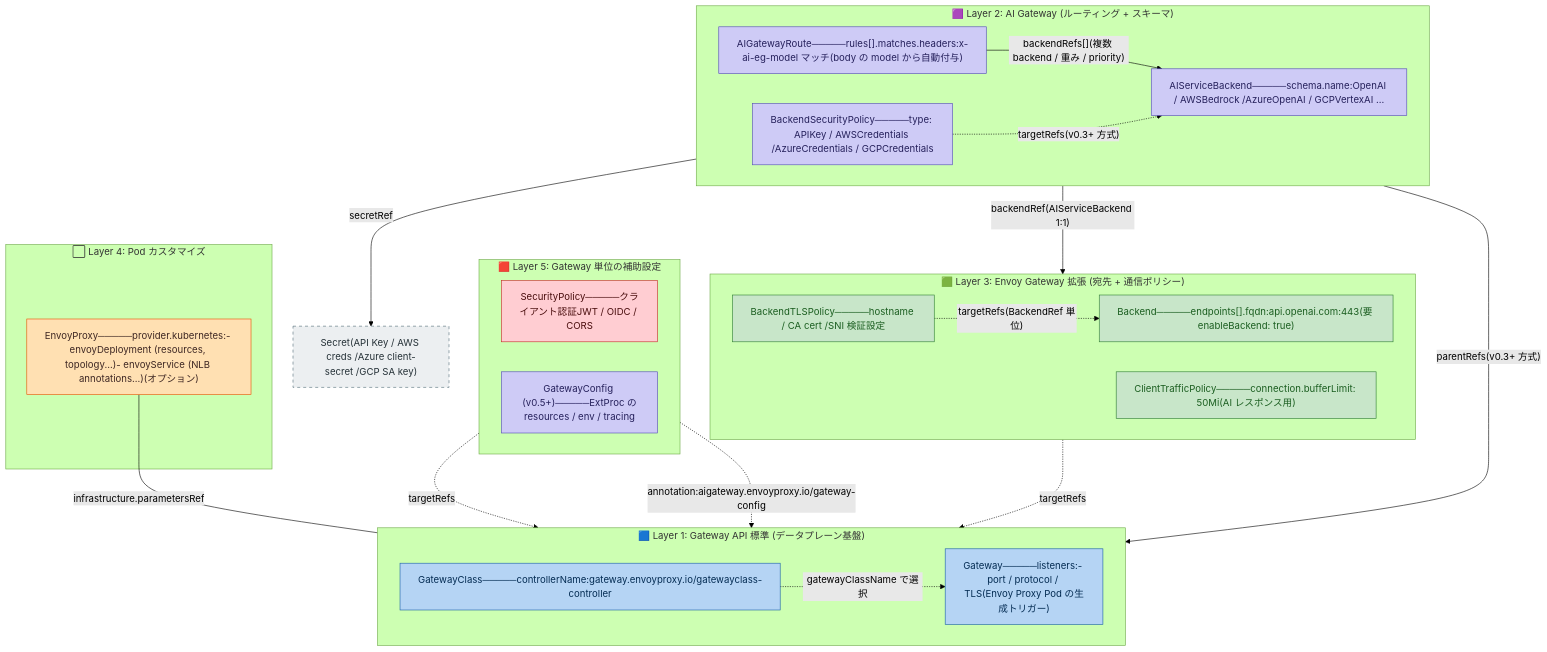
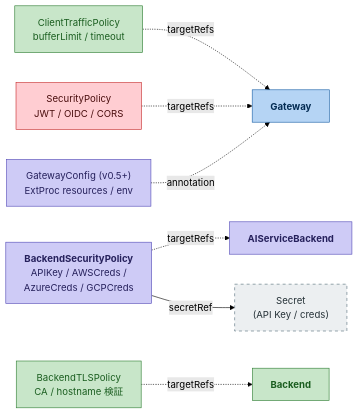
One commit to nutslove/Knowledges changed the fourth of 5 diagrams in Generative_AI/Envoy_AI_Gateway/Envoy AI Gatewayについて.md. Above: the diagram before and after it, drawn with Mermaid (forest theme). The commit also changed other lines of this file, not shown here.

````diff
--- a/Generative_AI/Envoy_AI_Gateway/Envoy AI Gatewayについて.md
+++ b/Generative_AI/Envoy_AI_Gateway/Envoy AI Gatewayについて.md
@@ -720,70 +752,33 @@
 ```mermaid
-flowchart TB
-  %% ========== Gateway API 標準層 ==========
-  subgraph Layer1["🟦 Layer 1: Gateway API 標準 (データプレーン基盤)"]
-    direction LR
-    GC["GatewayClass─────controllerName:gateway.envoyproxy.io/gatewayclass-controller"]
-    GW["Gateway─────listeners:- port / protocol / TLS(Envoy Proxy Pod の生成トリガー)"]
-    GC -. "gatewayClassName で選択" .-> GW
-  end
+flowchart LR
+  GW["<b>Gateway</b>"]
+  ASB["<b>AIServiceBackend</b>"]
+  BK["<b>Backend</b>"]
 
-  %% ========== AI Gateway 層 ==========
-  subgraph Layer2["🟪 Layer 2: AI Gateway (ルーティング + スキーマ)"]
-    direction LR
-    AGR["AIGatewayRoute─────rules[].matches.headers:x-ai-eg-model マッチ(body の model から自動付与)"]
-    ASB["AIServiceBackend─────schema.name:OpenAI / AWSBedrock /AzureOpenAI / GCPVertexAI ..."]
-    BSP["BackendSecurityPolicy─────type: APIKey / AWSCredentials /AzureCredentials / GCPCredentials"]
+  CTP["ClientTrafficPolicy<br/>bufferLimit / timeout"]
+  SP["SecurityPolicy<br/>JWT / OIDC / CORS"]
+  GCF["GatewayConfig (v0.5+)<br/>ExtProc resources / env"]
+  BSP["<b>BackendSecurityPolicy</b><br/>APIKey / AWSCreds /<br/>AzureCreds / GCPCreds"]
+  BTLS["BackendTLSPolicy<br/>CA / hostname 検証"]
 
-    AGR -- "backendRefs[](複数 backend / 重み / priority)" --> ASB
-    BSP -. "targetRefs(v0.3+ 方式)" .-> ASB
-  end
+  CTP -. "targetRefs" .-> GW
+  SP  -. "targetRefs" .-> GW
+  GCF -. "annotation" .-> GW
+  BSP -. "targetRefs" .-> ASB
+  BTLS -. "targetRefs" .-> BK
 
-  %% ========== Envoy Gateway 拡張層 ==========
-  subgraph Layer3["🟩 Layer 3: Envoy Gateway 拡張 (宛先 + 通信ポリシー)"]
-    direction LR
-    BK["Backend─────endpoints[].fqdn:api.openai.com:443(要 enableBackend: true)"]
-    BTLS["BackendTLSPolicy─────hostname / CA cert /SNI 検証設定"]
-    CTP["ClientTrafficPolicy─────connection.bufferLimit: 50Mi(AI レスポンス用)"]
+  SEC["Secret<br/>(API Key / creds)"]
+  BSP -->|"secretRef"| SEC
 
-    BTLS -. "targetRefs(BackendRef 単位)" .-> BK
-  end
-
-  %% ========== カスタマイズ層 ==========
-  subgraph Layer4["⬜ Layer 4: Pod カスタマイズ"]
-    EP["EnvoyProxy─────provider.kubernetes:- envoyDeployment (resources, topology...)- envoyService (NLB annotations...)(オプション)"]
-  end
-
-  %% ========== セキュリティ / 設定 補助層 ==========
-  subgraph Layer5["🟥 Layer 5: Gateway 単位の補助設定"]
-    direction LR
-    SP["SecurityPolicy─────クライアント認証JWT / OIDC / CORS"]
-    GCF["GatewayConfig (v0.5+)─────ExtProc のresources / env / tracing"]
-  end
-
-  %% ========== 層間の主な参照 ==========
-  AGR -- "parentRefs(v0.3+ 方式)" --> GW
-  ASB -- "backendRef(AIServiceBackend 1:1)" --> BK
-  CTP -. "targetRefs" .-> GW
-  EP -- "infrastructure.parametersRef" --- GW
-  SP -. "targetRefs" .-> GW
-  GCF -. "annotation:aigateway.envoyproxy.io/gateway-config" .-> GW
-
-  %% ========== 外部 Secret ==========
-  SEC["Secret(API Key / AWS creds /Azure client-secret /GCP SA key)"]
-  BSP -- "secretRef" --> SEC
-
-  %% ========== スタイル ==========
   classDef std fill:#B5D4F4,stroke:#185FA5,color:#042C53
-  classDef ai fill:#CECBF6,stroke:#534AB7,color:#26215C
-  classDef eg fill:#C8E6C9,stroke:#2E7D32,color:#1B5E20
-  classDef cfg fill:#FFE0B2,stroke:#E65100,color:#3E2723
+  classDef ai  fill:#CECBF6,stroke:#534AB7,color:#26215C
+  classDef eg  fill:#C8E6C9,stroke:#2E7D32,color:#1B5E20
   classDef sec fill:#FFCDD2,stroke:#C62828,color:#4A0E0E
   classDef ext fill:#ECEFF1,stroke:#546E7A,color:#263238,stroke-dasharray: 5 5
 
-  class GC,GW std
-  class AGR,ASB,BSP,GCF ai
-  class BK,BTLS,CTP eg
-  class EP cfg
+  class GW std
+  class ASB,BSP,GCF ai
+  class BK,CTP,BTLS eg
   class SP sec
   class SEC ext
 ```
````
